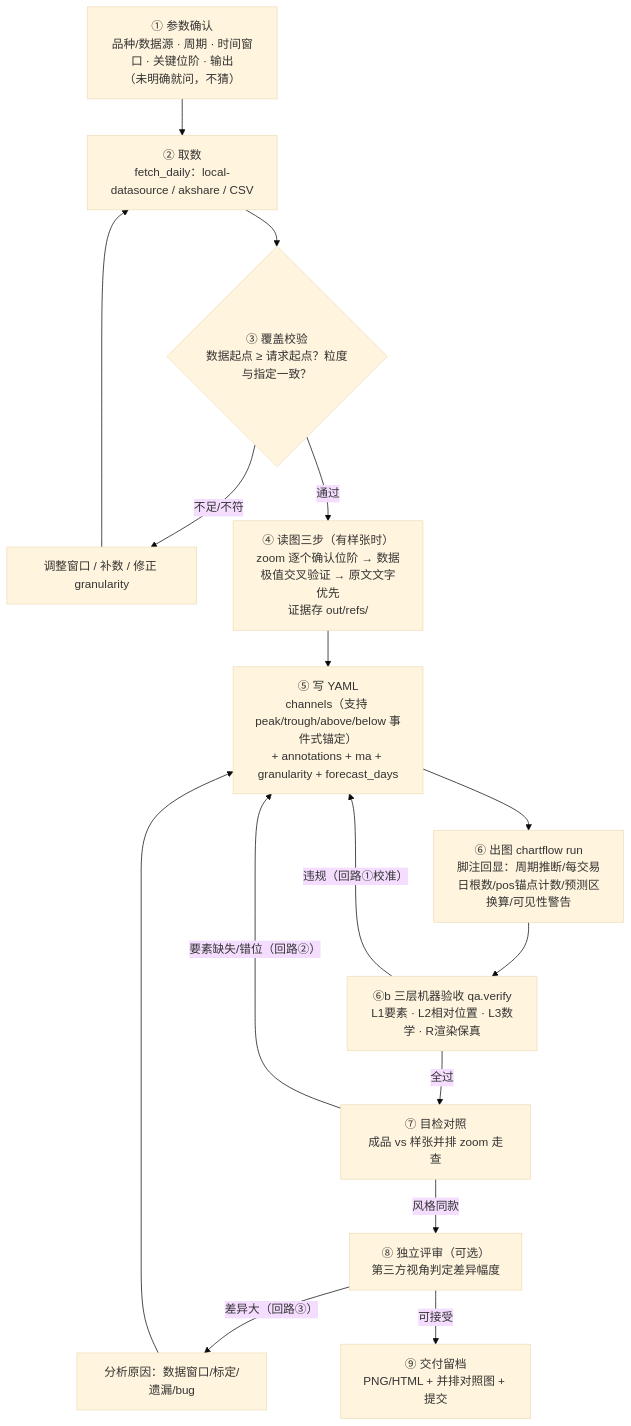
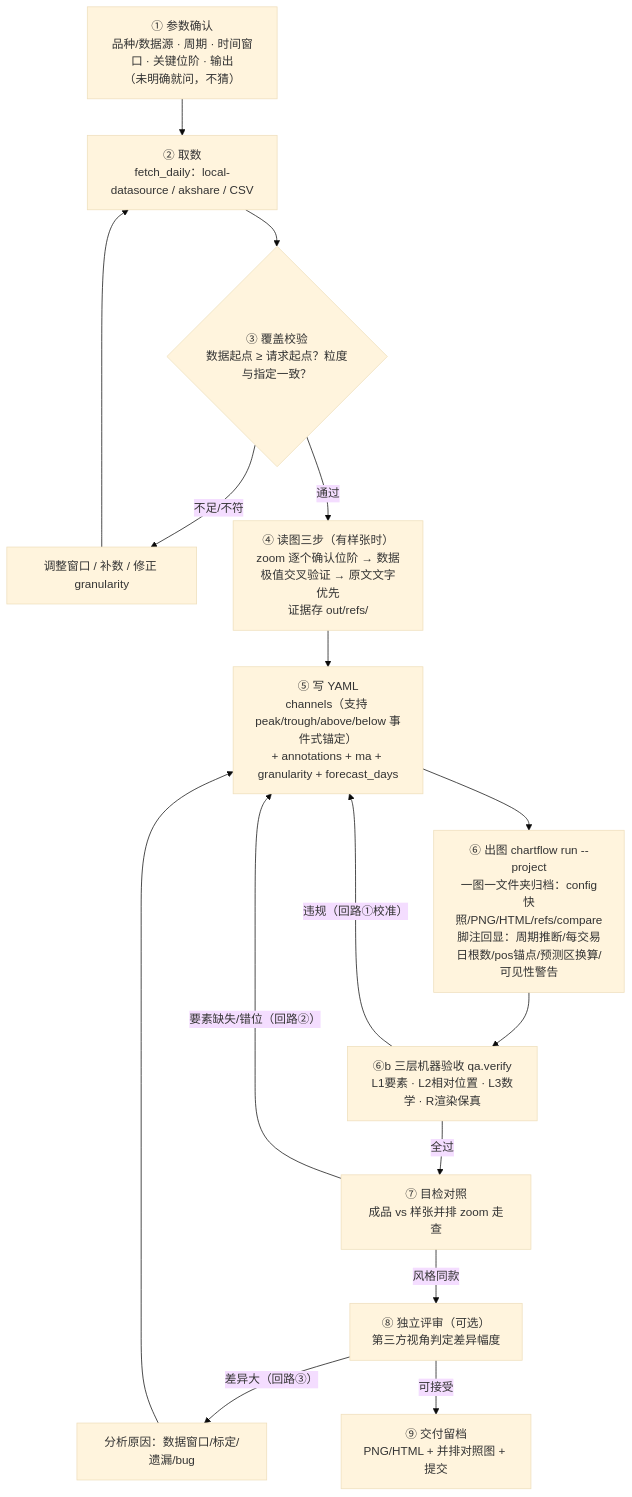
The third of 3 diagrams in README.md (jarvislee90s-dot/quant-chart), drawn with Mermaid (base theme) before and after one commit. The commit also changed other lines of this file and 9 other files, not shown here.

Commit message:
feat(cli/configs): 一图一项目文件夹归档——chartflow --project/YAML project字段（config快照/PNG/HTML派生归档），存量四图迁移 out/projects/，README 布局同步

````diff
--- a/README.md
+++ b/README.md
@@ -269,16 +269,16 @@
 ```mermaid
 flowchart TD
     A["① 参数确认<br/>品种/数据源 · 周期 · 时间窗口 · 关键位阶 · 输出<br/>（未明确就问，不猜）"] --> B["② 取数<br/>fetch_daily：local-datasource / akshare / CSV"]
     B --> C{"③ 覆盖校验<br/>数据起点 ≥ 请求起点？粒度与指定一致？"}
     C -- "不足/不符" --> C2["调整窗口 / 补数 / 修正 granularity"] --> B
     C -- "通过" --> D["④ 读图三步（有样张时）<br/>zoom 逐个确认位阶 → 数据极值交叉验证 → 原文文字优先<br/>证据存 out/refs/"]
     D --> E["⑤ 写 YAML<br/>channels（支持 peak/trough/above/below 事件式锚定）<br/>+ annotations + ma + granularity + forecast_days"]
-    E --> F["⑥ 出图 chartflow run<br/>脚注回显：周期推断/每交易日根数/pos锚点计数/预测区换算/可见性警告"]
+    E --> F["⑥ 出图 chartflow run --project<br/>一图一文件夹归档：config快照/PNG/HTML/refs/compare<br/>脚注回显：周期推断/每交易日根数/pos锚点/预测区换算/可见性警告"]
     F --> G["⑥b 三层机器验收 qa.verify<br/>L1要素 · L2相对位置 · L3数学 · R渲染保真"]
     G -- "违规（回路①校准）" --> E
     G -- "全过" --> H["⑦ 目检对照<br/>成品 vs 样张并排 zoom 走查"]
     H -- "要素缺失/错位（回路②）" --> E
     H -- "风格同款" --> I["⑧ 独立评审（可选）<br/>第三方视角判定差异幅度"]
     I -- "差异大（回路③）" --> J["分析原因：数据窗口/标定/遗漏/bug"] --> E
     I -- "可接受" --> K["⑨ 交付留档<br/>PNG/HTML + 并排对照图 + 提交"]
 ```
````
